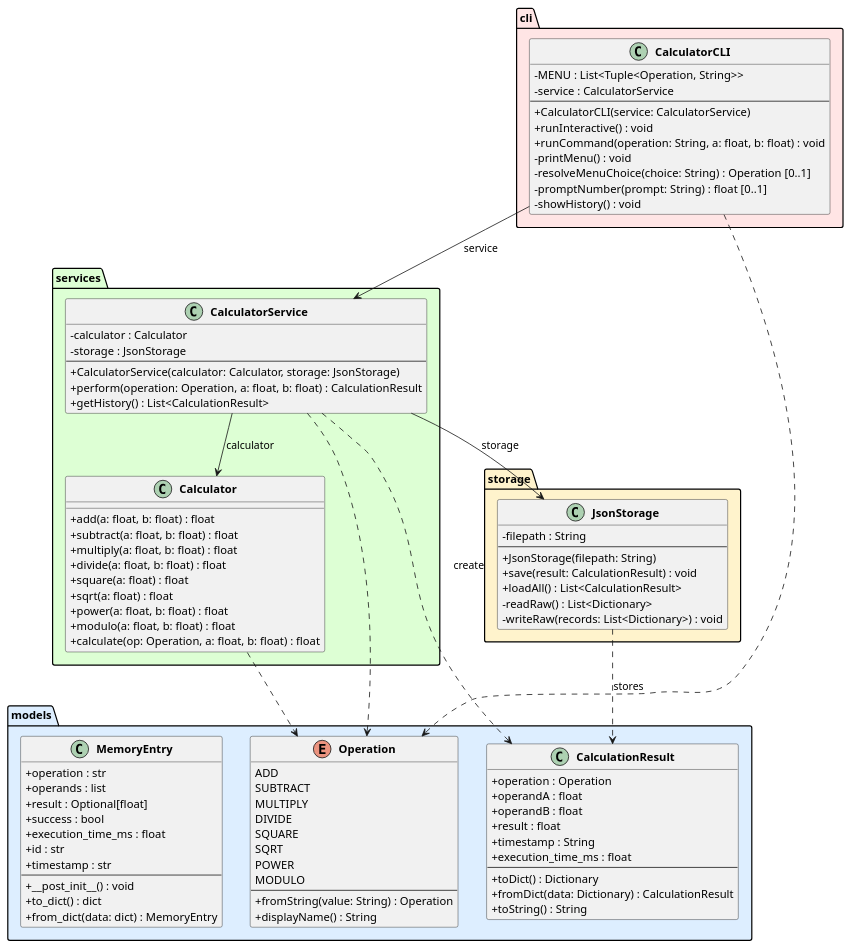
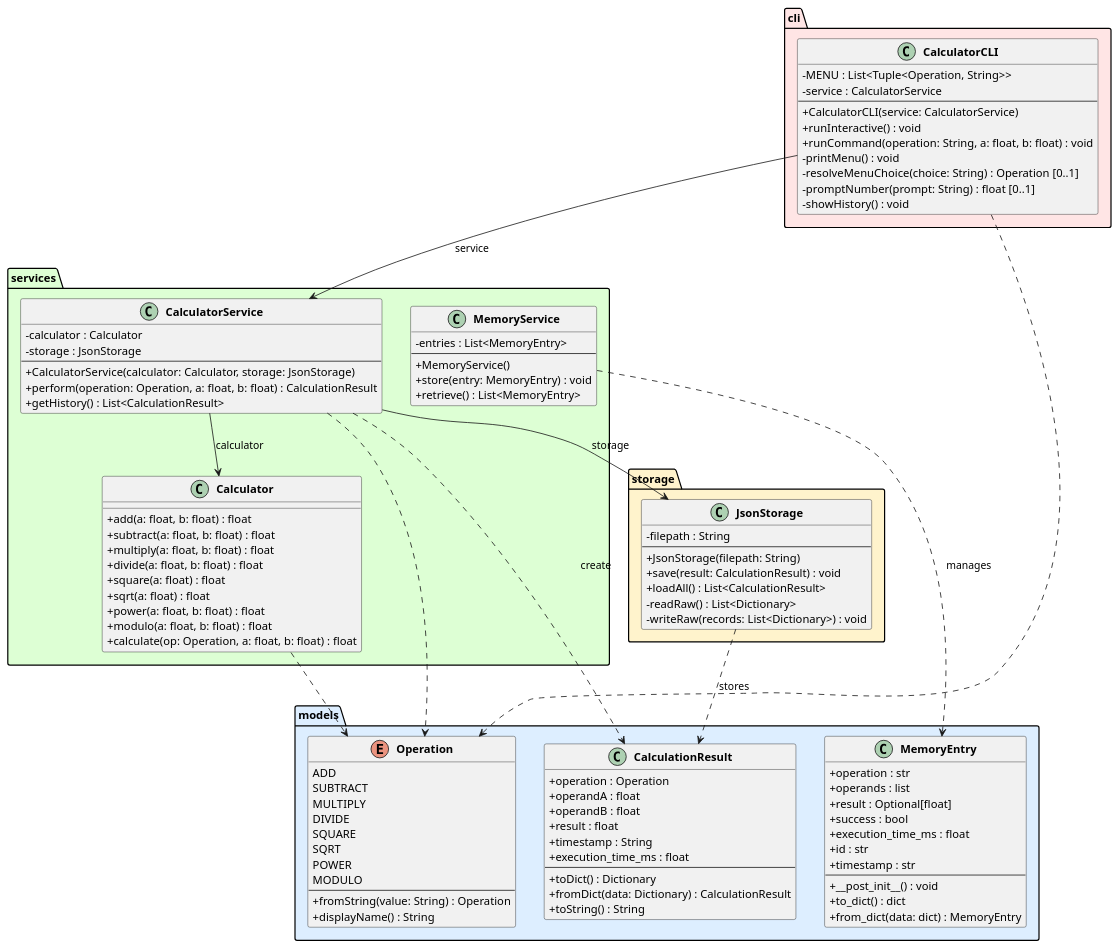
One commit to DanielRiha8906/Software_autoevolution_using_agents changed the diagram in experiments/supervisor_as_tools/test_driven/calculator/artifacts/class_diagram.puml. Above: the diagram before and after it, drawn with PlantUML. The commit also changed 3 other files, not shown here.

```diff
--- a/experiments/supervisor_as_tools/test_driven/calculator/artifacts/class_diagram.puml
+++ b/experiments/supervisor_as_tools/test_driven/calculator/artifacts/class_diagram.puml
@@ -1,109 +1,118 @@
 @startuml class_diagram
 
 skinparam classAttributeIconSize 0
 skinparam classFontStyle bold
 
 package "models" #DDEEFF {
     enum Operation {
         ADD
         SUBTRACT
         MULTIPLY
         DIVIDE
         SQUARE
         SQRT
         POWER
         MODULO
         --
         +fromString(value: String) : Operation
         +displayName() : String
     }
 
     class CalculationResult {
         +operation : Operation
         +operandA : float
         +operandB : float
         +result : float
         +timestamp : String
         +execution_time_ms : float
         --
         +toDict() : Dictionary
         +fromDict(data: Dictionary) : CalculationResult
         +toString() : String
     }
 
     class MemoryEntry {
         +operation : str
         +operands : list
         +result : Optional[float]
         +success : bool
         +execution_time_ms : float
         +id : str
         +timestamp : str
         --
         +__post_init__() : void
         +to_dict() : dict
         +from_dict(data: dict) : MemoryEntry
     }
 }
 
 package "services" #DDFFD4 {
     class Calculator {
         +add(a: float, b: float) : float
         +subtract(a: float, b: float) : float
         +multiply(a: float, b: float) : float
         +divide(a: float, b: float) : float
         +square(a: float) : float
         +sqrt(a: float) : float
         +power(a: float, b: float) : float
         +modulo(a: float, b: float) : float
         +calculate(op: Operation, a: float, b: float) : float
     }
 
     class CalculatorService {
         -calculator : Calculator
         -storage : JsonStorage
         --
         +CalculatorService(calculator: Calculator, storage: JsonStorage)
         +perform(operation: Operation, a: float, b: float) : CalculationResult
         +getHistory() : List<CalculationResult>
     }
+
+    class MemoryService {
+        -entries : List<MemoryEntry>
+        --
+        +MemoryService()
+        +store(entry: MemoryEntry) : void
+        +retrieve() : List<MemoryEntry>
+    }
 }
 
 package "storage" #FFF3CC {
     class JsonStorage {
         -filepath : String
         --
         +JsonStorage(filepath: String)
         +save(result: CalculationResult) : void
         +loadAll() : List<CalculationResult>
         -readRaw() : List<Dictionary>
         -writeRaw(records: List<Dictionary>) : void
     }
 }
 
 package "cli" #FFE5E5 {
     class CalculatorCLI {
         -MENU : List<Tuple<Operation, String>>
         -service : CalculatorService
         --
         +CalculatorCLI(service: CalculatorService)
         +runInteractive() : void
         +runCommand(operation: String, a: float, b: float) : void
         -printMenu() : void
         -resolveMenuChoice(choice: String) : Operation [0..1]
         -promptNumber(prompt: String) : float [0..1]
         -showHistory() : void
     }
 }
 
 CalculatorCLI --> CalculatorService : service
 CalculatorService --> Calculator : calculator
 CalculatorService --> JsonStorage : storage
 
 CalculatorService ..> CalculationResult : create
 CalculatorService ..> Operation
 CalculatorCLI ..> Operation
 Calculator ..> Operation
 JsonStorage ..> CalculationResult : stores
+MemoryService ..> MemoryEntry : manages
 
 @enduml
```
